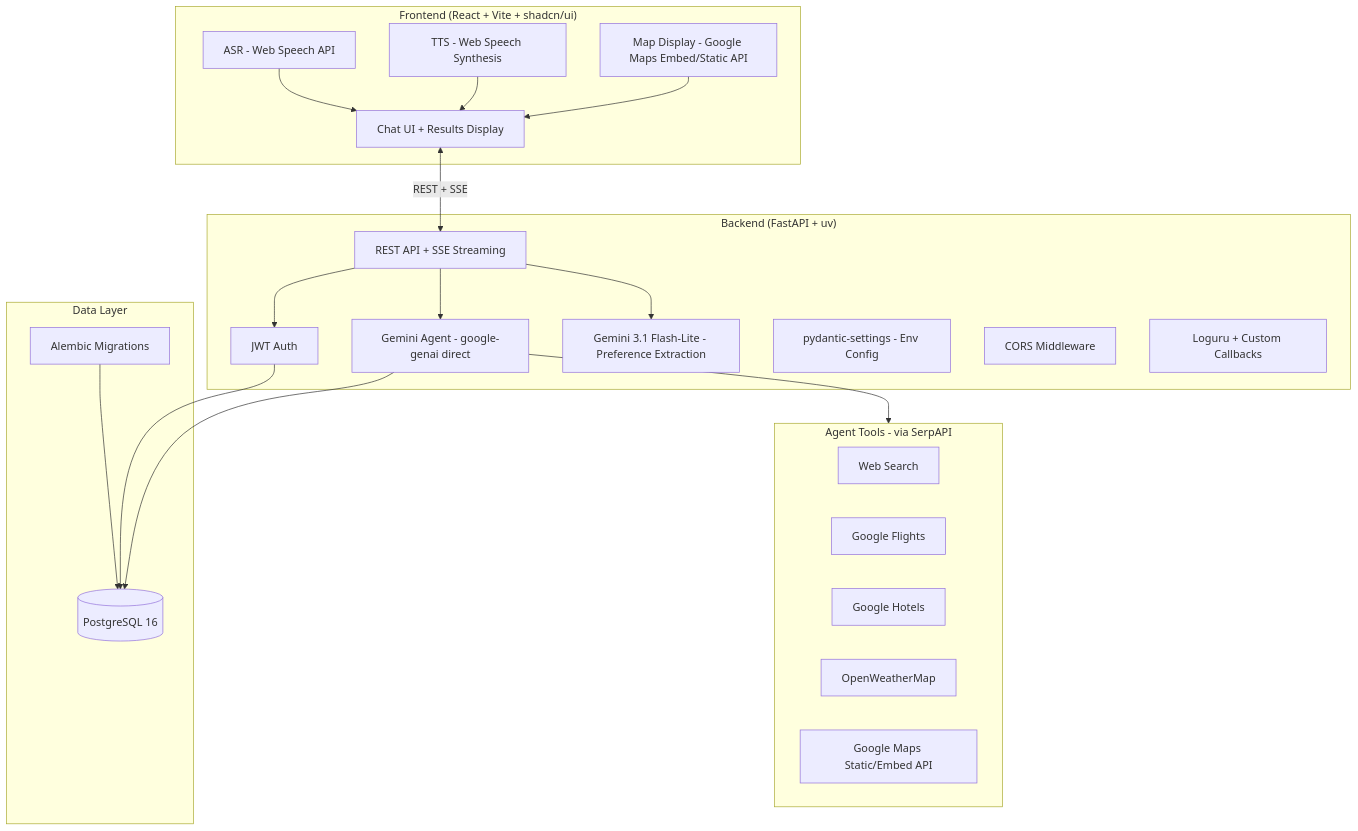
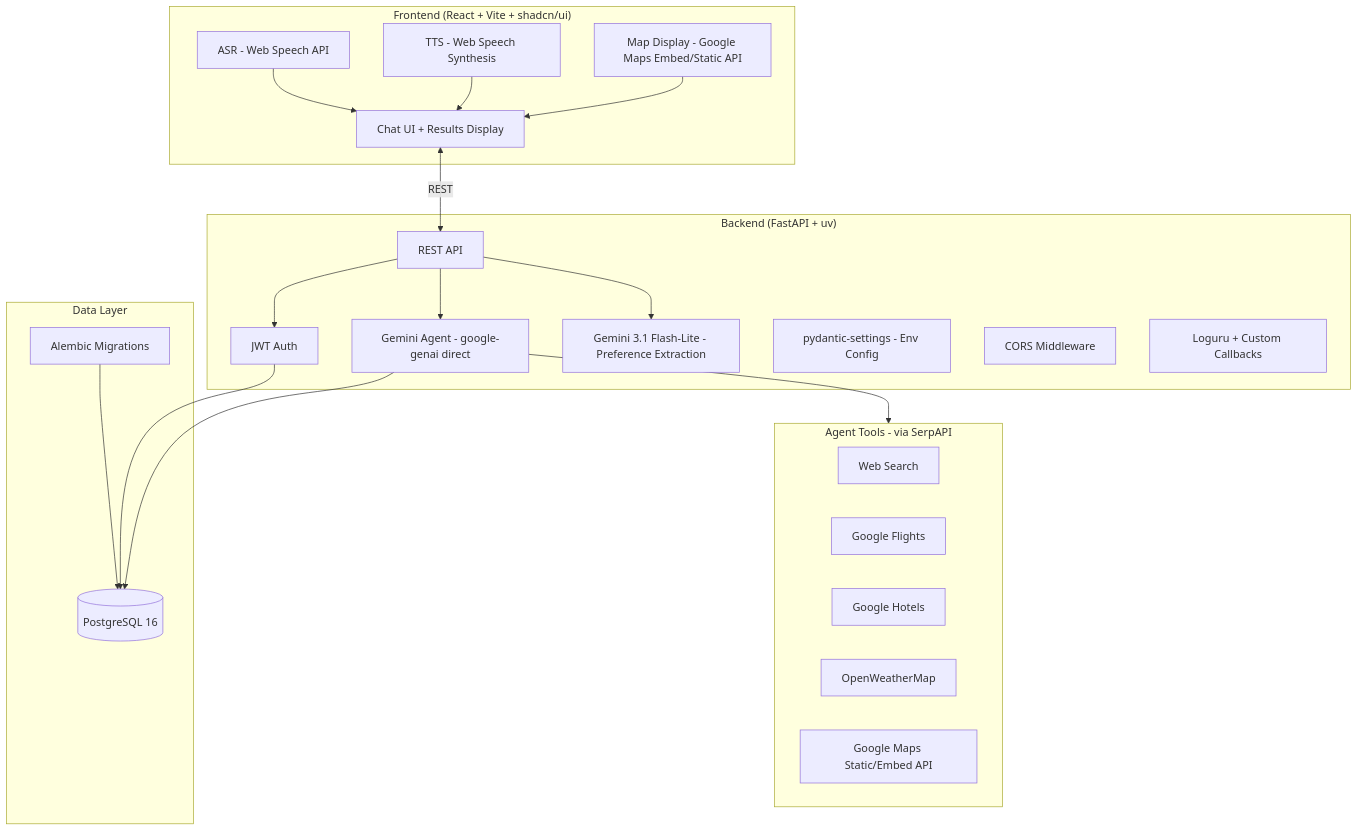
The diagram in docs/INFRA_PLAN.md (davidwkk/GoGoGo), drawn with Mermaid before and after one commit. The commit also changed other lines of this file, not shown here.

First line of the commit message:
Refine INFRA_PLAN.md to clarify API interactions and agent loop structure

````diff
--- a/docs/INFRA_PLAN.md
+++ b/docs/INFRA_PLAN.md
@@ -5,44 +5,44 @@
 ```mermaid
 graph TB
     subgraph Frontend ["Frontend (React + Vite + shadcn/ui)"]
         UI[Chat UI + Results Display]
         STT[ASR - Web Speech API]
         TTS[TTS - Web Speech Synthesis]
         MAP[Map Display - Google Maps Embed/Static API]
     end
 
     subgraph Backend ["Backend (FastAPI + uv)"]
-        API[REST API + SSE Streaming]
+        API[REST API]
         Auth[JWT Auth]
         Agent[Gemini Agent - google-genai direct]
         LiteAgent[Gemini 3.1 Flash-Lite - Preference Extraction]
         Config[pydantic-settings - Env Config]
         CORS[CORS Middleware]
         Logging[Loguru + Custom Callbacks]
     end
 
     subgraph Tools ["Agent Tools - via SerpAPI"]
         WebSearch[Web Search]
         FlightSearch[Google Flights]
         HotelSearch[Google Hotels]
         WeatherAPI[OpenWeatherMap]
         MapsAPI[Google Maps Static/Embed API]
     end
 
     subgraph DB ["Data Layer"]
         PG[(PostgreSQL 16)]
         Alembic[Alembic Migrations]
     end
 
-    UI <-->|REST + SSE| API
+    UI <-->|REST| API
     STT --> UI
     TTS --> UI
     MAP --> UI
     API --> Auth
     API --> Agent
     API --> LiteAgent
     Agent --> Tools
     Agent --> PG
     Auth --> PG
     Alembic --> PG
 ```
````
